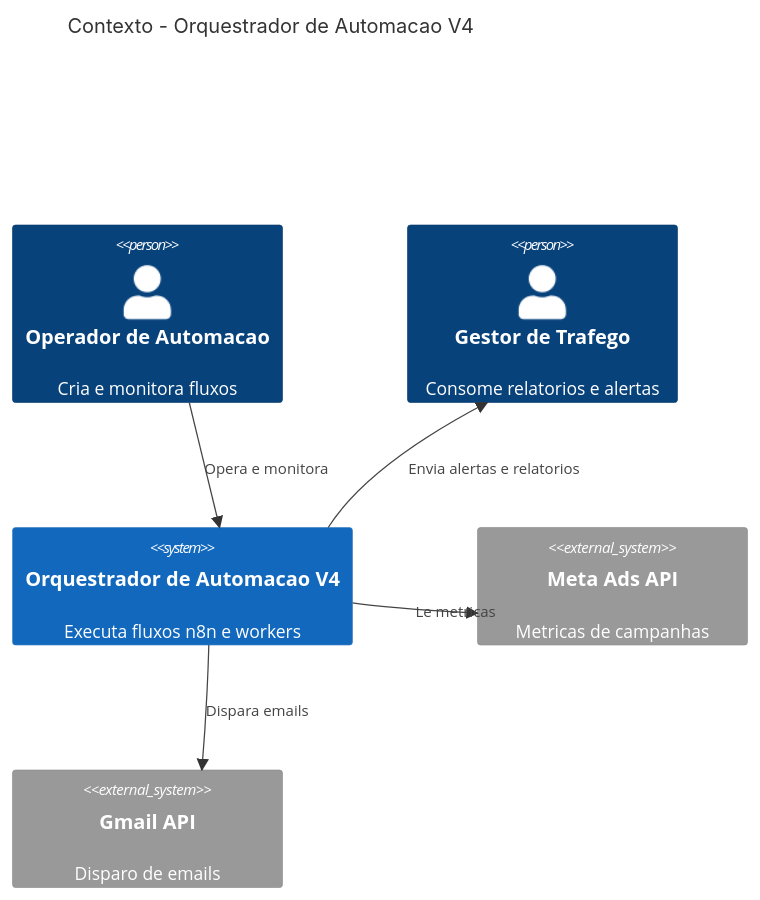
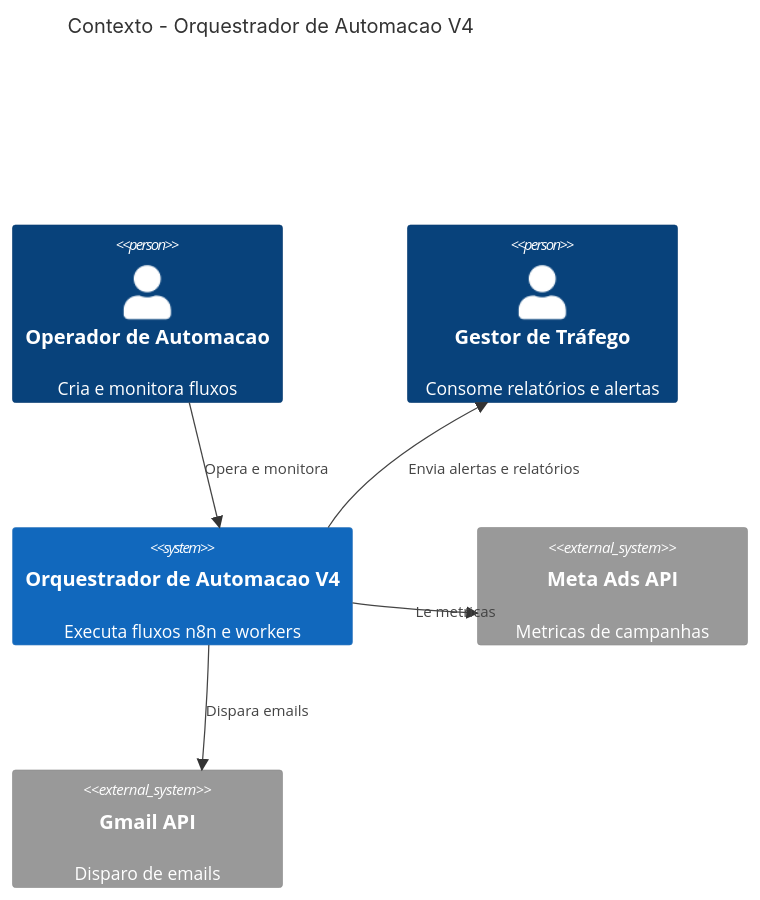
One commit to marcoslrvusa/v4perettoco changed the first of 2 diagrams in _inbox/PDI/08-arquitetura-documentada/atividade-1/1-standards/02-diagramas-sistema-automacao.md. Above: the diagram before and after it, drawn with Mermaid. The commit also changed other lines of this file and 446 other files, not shown here.

````diff
--- a/_inbox/PDI/08-arquitetura-documentada/atividade-1/1-standards/02-diagramas-sistema-automacao.md
+++ b/_inbox/PDI/08-arquitetura-documentada/atividade-1/1-standards/02-diagramas-sistema-automacao.md
@@ -9,13 +9,13 @@
 ```mermaid
 C4Context
   title Contexto - Orquestrador de Automacao V4
   Person(operador, "Operador de Automacao", "Cria e monitora fluxos")
-  Person(gestor, "Gestor de Trafego", "Consome relatorios e alertas")
+  Person(gestor, "Gestor de Tráfego", "Consome relatórios e alertas")
   System(orquestrador, "Orquestrador de Automacao V4", "Executa fluxos n8n e workers")
   System_Ext(meta, "Meta Ads API", "Metricas de campanhas")
   System_Ext(gmail, "Gmail API", "Disparo de emails")
   Rel(operador, orquestrador, "Opera e monitora")
-  Rel(orquestrador, gestor, "Envia alertas e relatorios")
+  Rel(orquestrador, gestor, "Envia alertas e relatórios")
   Rel(orquestrador, meta, "Le metricas")
   Rel(orquestrador, gmail, "Dispara emails")
 ```
````
